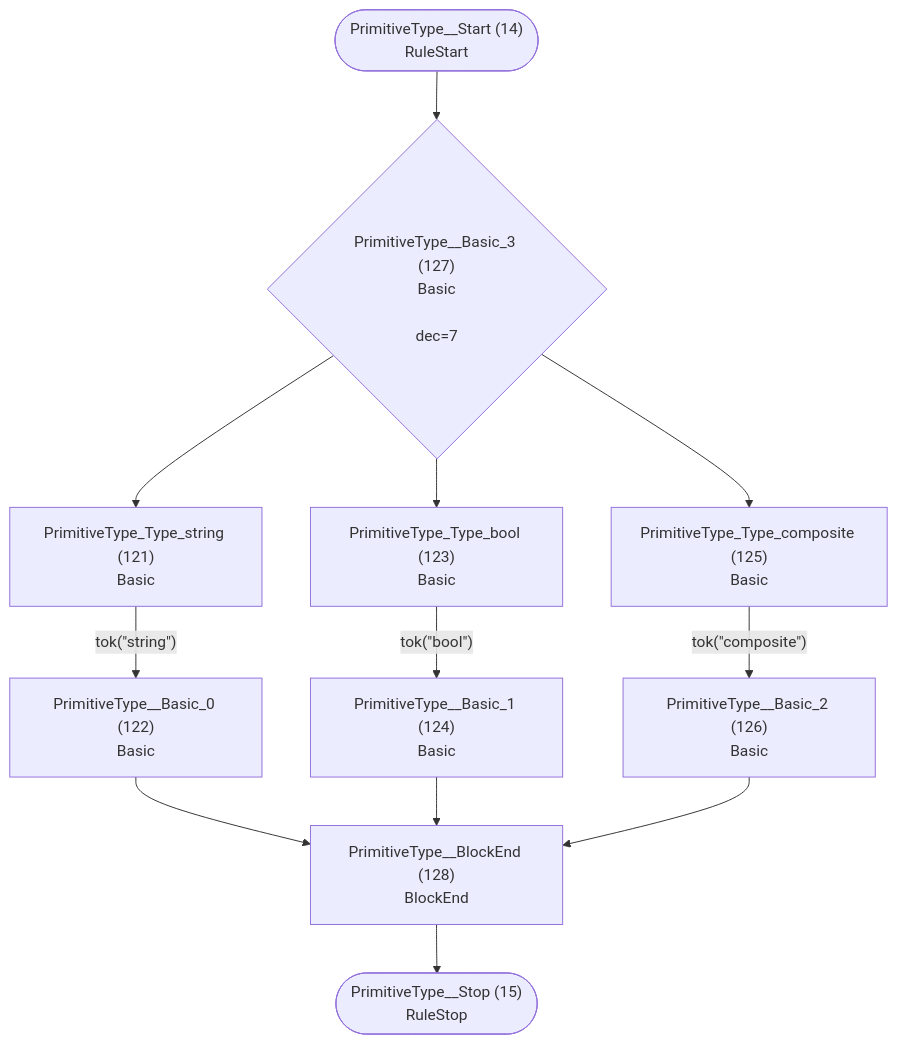
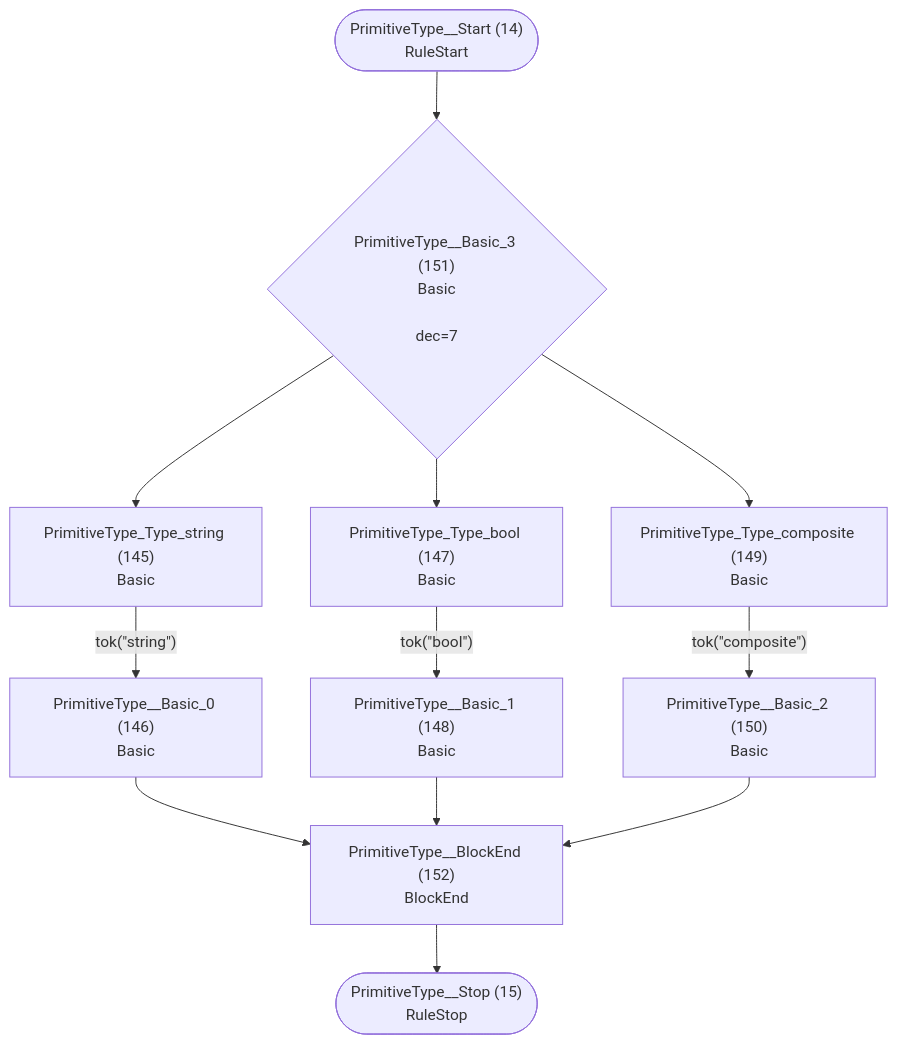
One commit to TypeFox/fastbelt changed the eighth of 40 diagrams in internal/grammar/atn.md. Above: the diagram before and after it, drawn with Mermaid. The commit also changed other lines of this file and 84 other files, not shown here.

````diff
--- a/internal/grammar/atn.md
+++ b/internal/grammar/atn.md
@@ -214,25 +219,25 @@
 ```mermaid
 flowchart TD
     q14(["PrimitiveType__Start (14)<br/>RuleStart"])
     q15(["PrimitiveType__Stop (15)<br/>RuleStop"])
-    q121["PrimitiveType_Type_string (121)<br/>Basic<br/>"]
-    q122["PrimitiveType__Basic_0 (122)<br/>Basic<br/>"]
-    q123["PrimitiveType_Type_bool (123)<br/>Basic<br/>"]
-    q124["PrimitiveType__Basic_1 (124)<br/>Basic<br/>"]
-    q125["PrimitiveType_Type_composite (125)<br/>Basic<br/>"]
-    q126["PrimitiveType__Basic_2 (126)<br/>Basic<br/>"]
-    q127{"PrimitiveType__Basic_3 (127)<br/>Basic<br/><br/>dec=7"}
-    q128["PrimitiveType__BlockEnd (128)<br/>BlockEnd<br/>"]
+    q145["PrimitiveType_Type_string (145)<br/>Basic<br/>"]
+    q146["PrimitiveType__Basic_0 (146)<br/>Basic<br/>"]
+    q147["PrimitiveType_Type_bool (147)<br/>Basic<br/>"]
+    q148["PrimitiveType__Basic_1 (148)<br/>Basic<br/>"]
+    q149["PrimitiveType_Type_composite (149)<br/>Basic<br/>"]
+    q150["PrimitiveType__Basic_2 (150)<br/>Basic<br/>"]
+    q151{"PrimitiveType__Basic_3 (151)<br/>Basic<br/><br/>dec=7"}
+    q152["PrimitiveType__BlockEnd (152)<br/>BlockEnd<br/>"]
 
-    q14 --> q127
-    q121 -->|"tok(&quot;string&quot;)"| q122
-    q122 --> q128
-    q123 -->|"tok(&quot;bool&quot;)"| q124
-    q124 --> q128
-    q125 -->|"tok(&quot;composite&quot;)"| q126
-    q126 --> q128
-    q127 --> q121
-    q127 --> q123
-    q127 --> q125
-    q128 --> q15
+    q14 --> q151
+    q145 -->|"tok(&quot;string&quot;)"| q146
+    q146 --> q152
+    q147 -->|"tok(&quot;bool&quot;)"| q148
+    q148 --> q152
+    q149 -->|"tok(&quot;composite&quot;)"| q150
+    q150 --> q152
+    q151 --> q145
+    q151 --> q147
+    q151 --> q149
+    q152 --> q15
 ```
````
